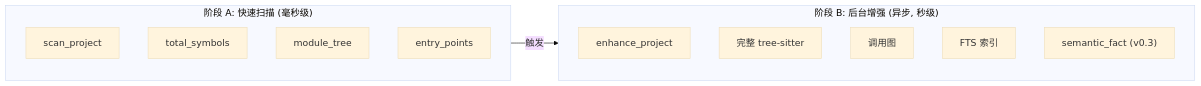
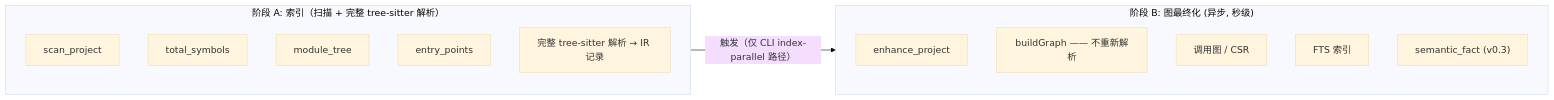
One commit to Timwood0x10/CodeScope changed the third of 3 diagrams in README.zh.md. Above: the diagram before and after it, drawn with Mermaid (base theme). The commit also changed other lines of this file and 34 other files, not shown here.

````diff
--- a/README.zh.md
+++ b/README.zh.md
@@ -127,19 +135,20 @@
 ```mermaid
 flowchart LR
-    subgraph A["阶段 A: 快速扫描 (毫秒级)"]
+    subgraph A["阶段 A: 索引（扫描 + 完整 tree-sitter 解析）"]
         S1["scan_project"]
         S2["total_symbols"]
         S3["module_tree"]
         S4["entry_points"]
+        S5["完整 tree-sitter 解析 → IR 记录"]
     end
 
-    subgraph B["阶段 B: 后台增强 (异步, 秒级)"]
+    subgraph B["阶段 B: 图最终化 (异步, 秒级)"]
         E1["enhance_project"]
-        E2["完整 tree-sitter"]
-        E3["调用图"]
+        E2["buildGraph —— 不重新解析"]
+        E3["调用图 / CSR"]
         E4["FTS 索引"]
         E5["semantic_fact (v0.3)"]
     end
 
-    A -->|"触发"| B
+    A -->|"触发（仅 CLI index-parallel 路径）"| B
 ```
````
